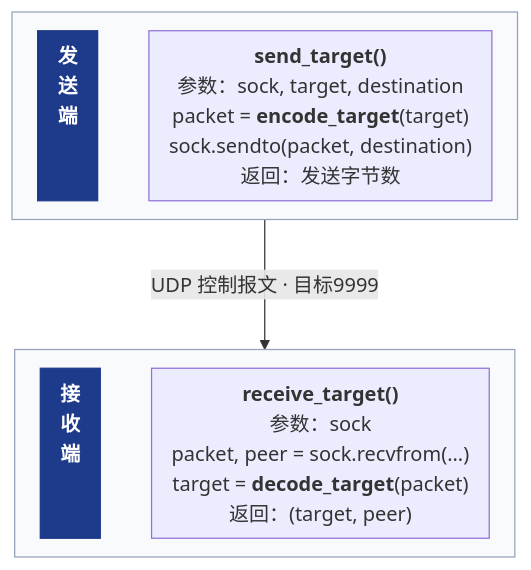
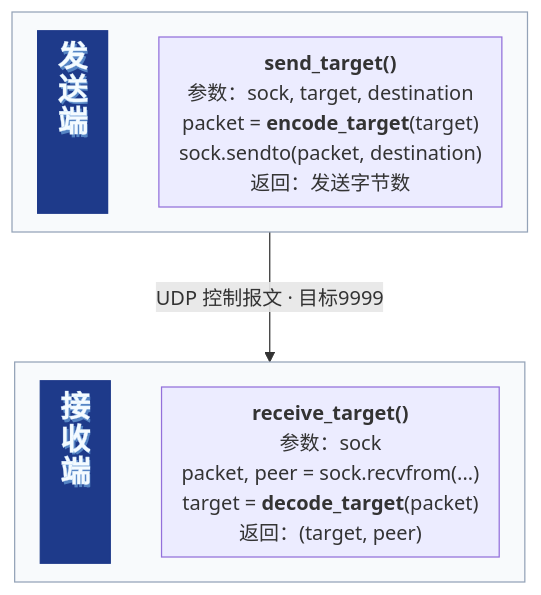
Before and after one commit to must-dsnet-lab/network-programming-project: the first of 3 diagrams in README.md, drawn with Mermaid. The commit also changed other lines of this file and 84 other files, not shown here.

````diff
--- a/README.md
+++ b/README.md
@@ -93,24 +197,24 @@
 ```mermaid
 %%{init: {"flowchart": {"wrappingWidth": 390, "nodeSpacing": 10, "rankSpacing": 16, "padding": 8, "curve": "linear", "subGraphTitleMargin": {"top": 0, "bottom": 0}}}}%%
 flowchart TB
     subgraph TX[" "]
         direction LR
         tx_role["发<br/>送<br/>端<br/>&nbsp;<br/>&nbsp;"]
         tx_content["<b>send_target()</b><br/>参数：sock, target, destination<br/>packet = <b>encode_target</b>(target)<br/>sock.sendto(packet, destination)<br/>返回：发送字节数"]
         tx_role ~~~ tx_content
     end
 
     subgraph RX[" "]
         direction LR
         rx_role["接<br/>收<br/>端<br/>&nbsp;<br/>&nbsp;"]
         rx_content["<b>receive_target()</b><br/>参数：sock<br/>packet, peer = sock.recvfrom(...)<br/>target = <b>decode_target</b>(packet)<br/>返回：(target, peer)"]
         rx_role ~~~ rx_content
     end
 
     TX ------>|"UDP 控制报文 · 目标9999"| RX
 
     style TX fill:#f8fafc,stroke:#94a3b8
     style RX fill:#f8fafc,stroke:#94a3b8
-    classDef role fill:#1e3a8a,stroke:#1e3a8a,color:#fff,font-size:16px,font-weight:bold;
+    classDef role fill:#1e3a8a,stroke:#1e3a8a,color:#f4fbff,font-family:Microsoft YaHei,font-size:24px,font-weight:900,line-height:26px,text-shadow:1.5px 2px 0 #5685c4,-webkit-text-stroke:0.3px #d8edff;
     class tx_role,rx_role role;
 ```
````
